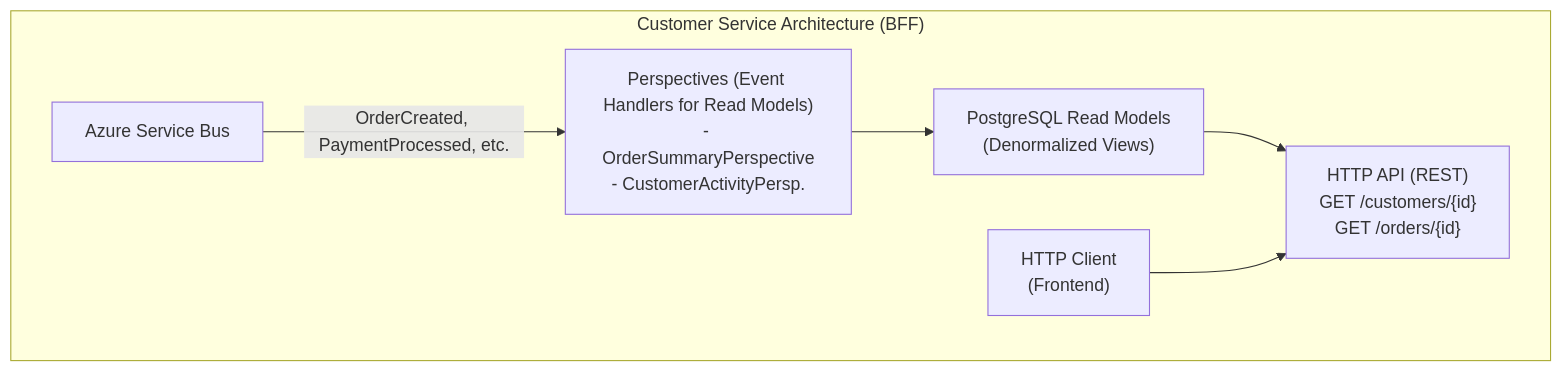
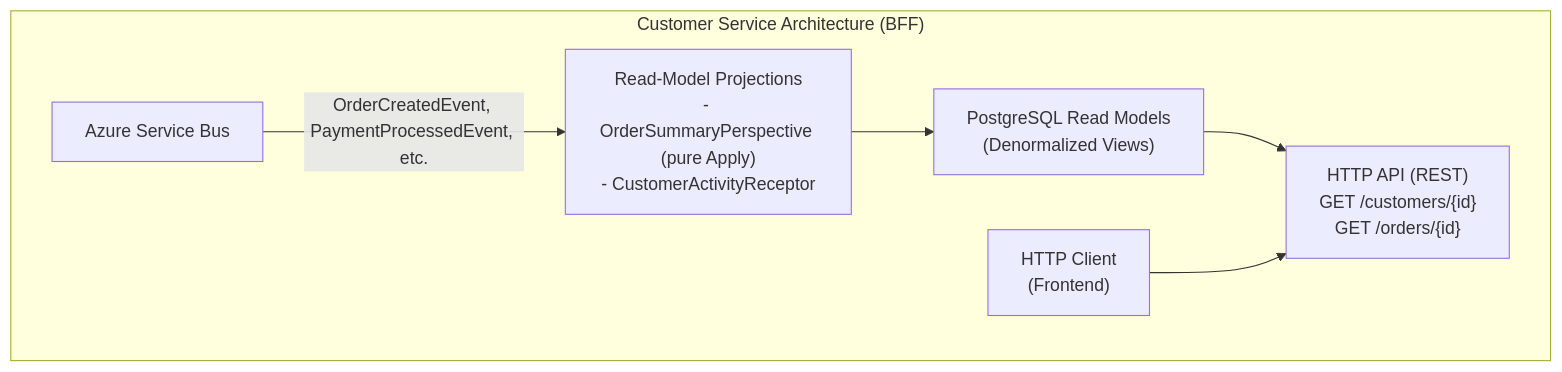
The first of 3 diagrams in src/assets/docs/v1.0.0/learn/tutorial/customer-service.md (whizbang-lib/whizbang-lib.github.io), drawn with Mermaid before and after one commit. The commit also changed other lines of this file and 14 other files, not shown here.

````diff
--- a/src/assets/docs/v1.0.0/learn/tutorial/customer-service.md
+++ b/src/assets/docs/v1.0.0/learn/tutorial/customer-service.md
@@ -34,19 +39,19 @@
 ```mermaid
 flowchart TD
     subgraph CSA["Customer Service Architecture (BFF)"]
         ASB["Azure Service Bus"]
-        Perspectives["Perspectives (Event Handlers for Read Models)<br/>- OrderSummaryPerspective<br/>- CustomerActivityPersp."]
+        Perspectives["Read-Model Projections<br/>- OrderSummaryPerspective (pure Apply)<br/>- CustomerActivityReceptor"]
         ReadModels["PostgreSQL Read Models<br/>(Denormalized Views)"]
         API["HTTP API (REST)<br/>GET /customers/{id}<br/>GET /orders/{id}"]
         Client["HTTP Client<br/>(Frontend)"]
 
-        ASB -->|"OrderCreated, PaymentProcessed, etc."| Perspectives
+        ASB -->|"OrderCreatedEvent, PaymentProcessedEvent, etc."| Perspectives
         Perspectives --> ReadModels
         ReadModels --> API
         Client --> API
     end
 
     class ASB layer-command
     class Perspectives,ReadModels layer-read
     class API,Client layer-core
 ```
````
